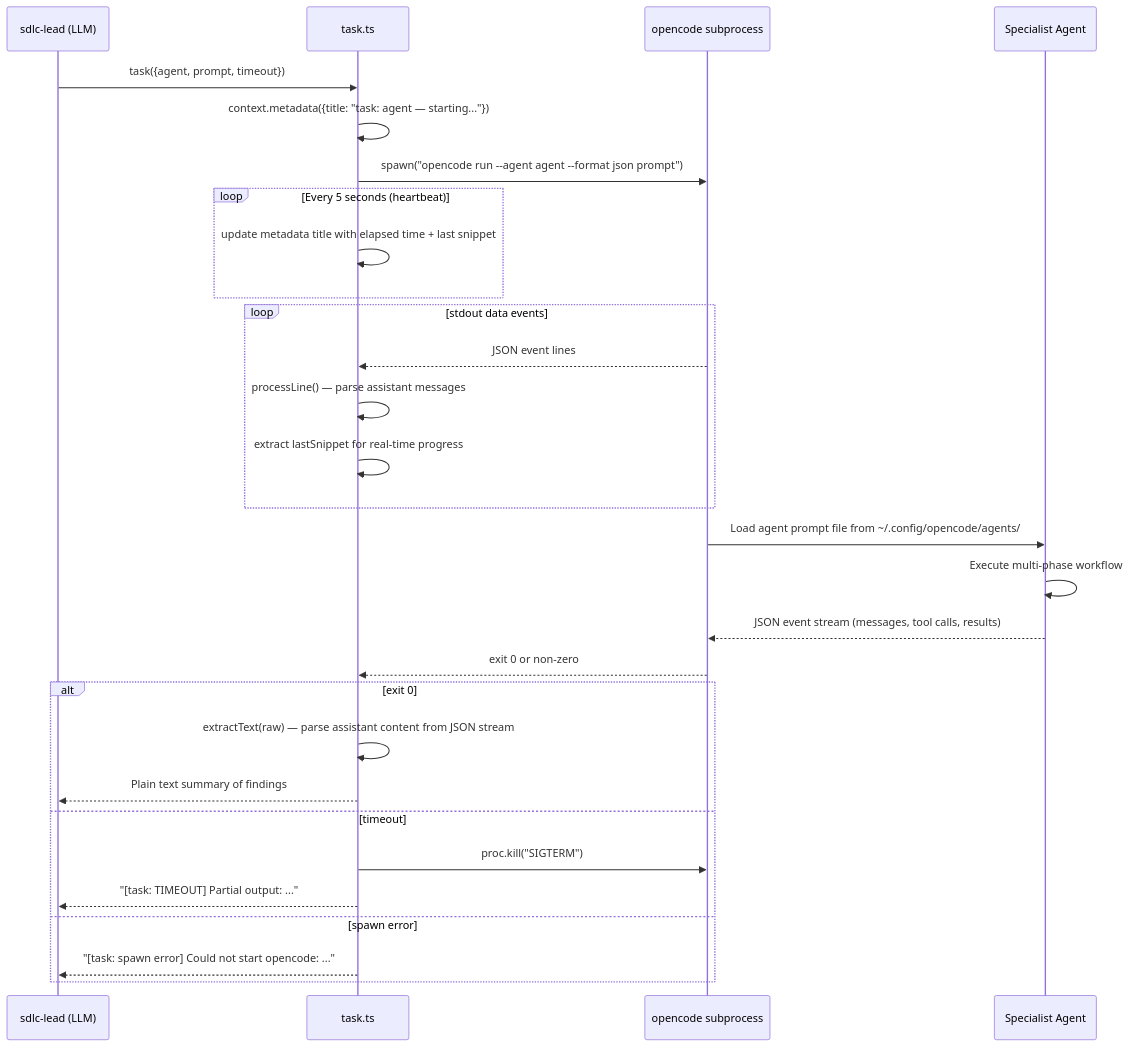
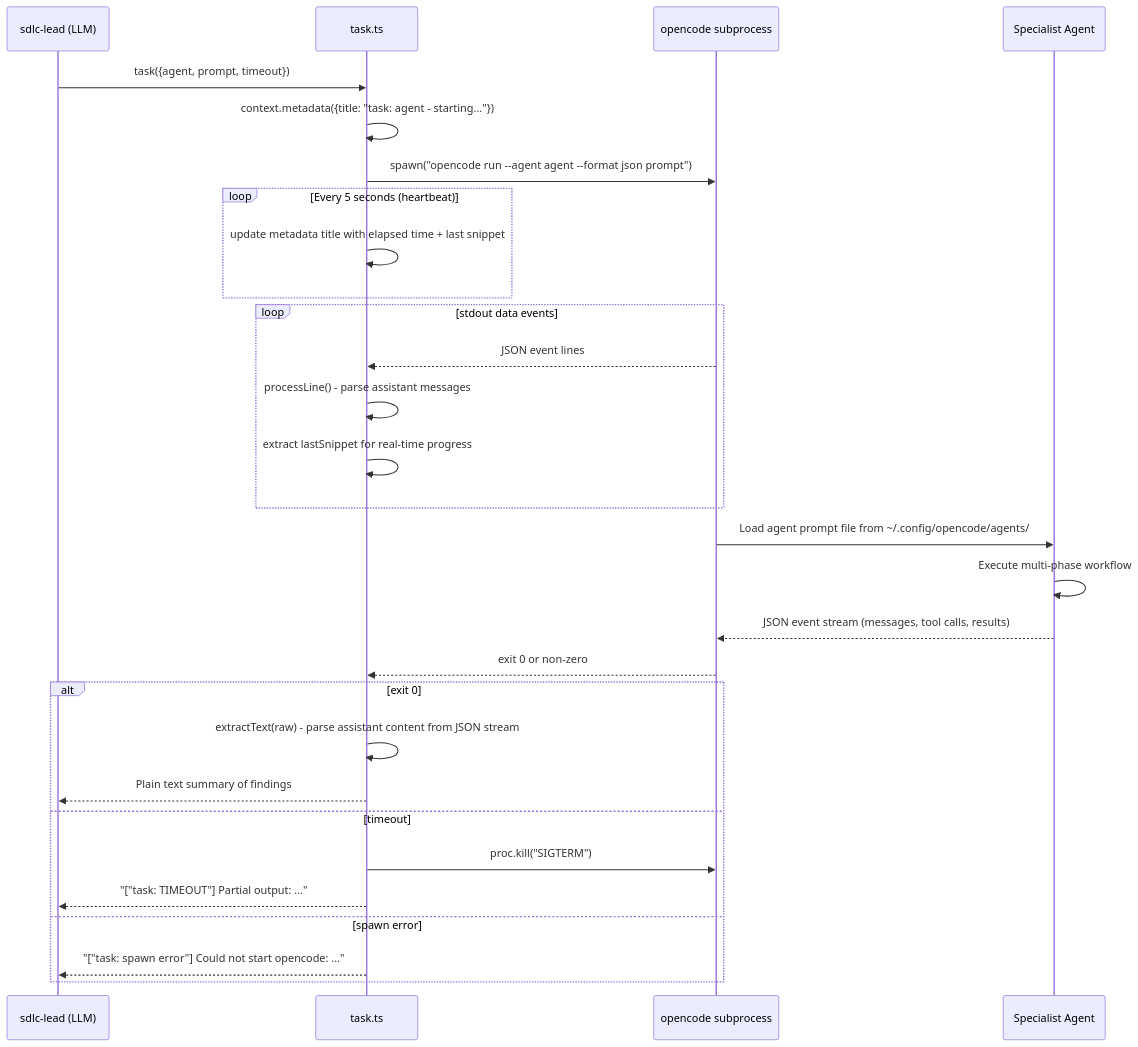
The second of 2 diagrams in docs/review/04-tools.md (bpmforge/attest), drawn with Mermaid before and after one commit. The commit also changed other lines of this file and 28 other files, not shown here.

First line of the commit message:
docs: refresh all docs for v1.1-v1.6 + autofix mermaid in review book

````diff
--- a/docs/review/04-tools.md
+++ b/docs/review/04-tools.md
@@ -79,36 +79,36 @@
 ```mermaid
 sequenceDiagram
     participant LEAD as sdlc-lead (LLM)
     participant TT as task.ts
     participant OC as opencode subprocess
     participant SA as Specialist Agent
 
     LEAD->>TT: task({agent, prompt, timeout})
-    TT->>TT: context.metadata({title: "task: agent — starting..."})
+    TT->>TT: context.metadata({title: "task: agent - starting..."})
     TT->>OC: spawn("opencode run --agent agent --format json prompt")
-    
+
     loop Every 5 seconds (heartbeat)
         TT->>TT: update metadata title with elapsed time + last snippet
     end
-    
+
     loop stdout data events
         OC-->>TT: JSON event lines
-        TT->>TT: processLine() — parse assistant messages
+        TT->>TT: processLine() - parse assistant messages
         TT->>TT: extract lastSnippet for real-time progress
     end
-    
+
     OC->>SA: Load agent prompt file from ~/.config/opencode/agents/
     SA->>SA: Execute multi-phase workflow
     SA-->>OC: JSON event stream (messages, tool calls, results)
     OC-->>TT: exit 0 or non-zero
-    
+
     alt exit 0
-        TT->>TT: extractText(raw) — parse assistant content from JSON stream
+        TT->>TT: extractText(raw) - parse assistant content from JSON stream
         TT-->>LEAD: Plain text summary of findings
     else timeout
         TT->>OC: proc.kill("SIGTERM")
-        TT-->>LEAD: "[task: TIMEOUT] Partial output: ..."
+        TT-->>LEAD: "["task: TIMEOUT"] Partial output: ..."
     else spawn error
-        TT-->>LEAD: "[task: spawn error] Could not start opencode: ..."
+        TT-->>LEAD: "["task: spawn error"] Could not start opencode: ..."
     end
 ```
````
